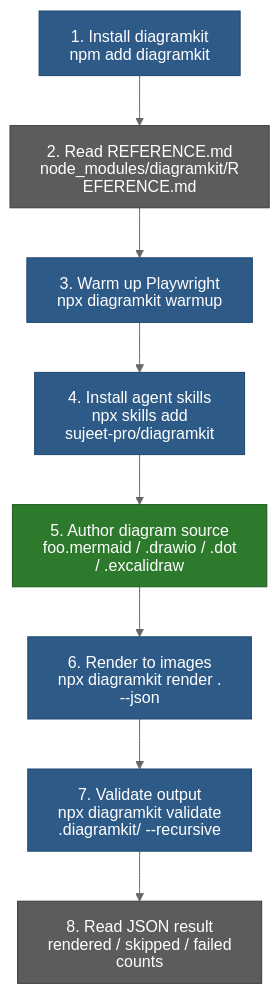
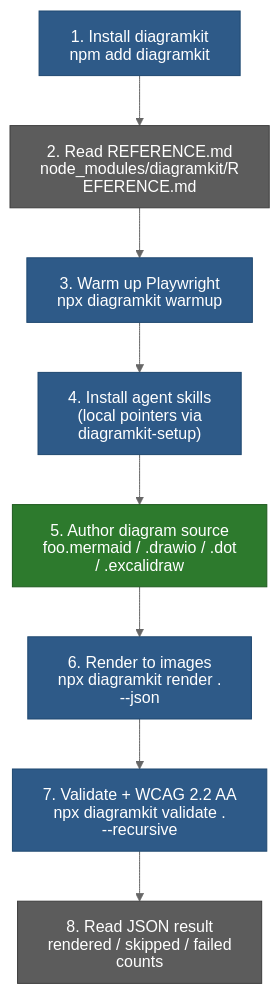
One commit to sujeet-pro/diagramkit changed the diagram in docs/guide/ai-agents/ai-agent-workflow.mermaid. Above: the diagram before and after it, drawn with Mermaid (neutral theme). The commit also changed 27 other files, not shown here.

First line of the commit message:
ci: parallelize cicd with reusable setup actions and artifact graph

```diff
--- a/docs/guide/ai-agents/ai-agent-workflow.mermaid
+++ b/docs/guide/ai-agents/ai-agent-workflow.mermaid
@@ -1,30 +1,30 @@
 %% Diagram: AI Agent Workflow
 %% Type: flowchart
 %% Note: kept as a flowchart (not a sequence diagram) so every step's label
 %% sits inside an opaque, AA-contrast-checked box. Sequence diagrams float
 %% message text on the page background, which gave low perceived contrast on
 %% the docs site even though the SVG itself was technically AA-clean.
 %%{init: {'htmlLabels': false, 'flowchart': {'htmlLabels': false}}}%%
 flowchart TB
     install["1. Install diagramkit\nnpm add diagramkit"]:::action
     reference["2. Read REFERENCE.md\nnode_modules/diagramkit/REFERENCE.md"]:::read
     warmup["3. Warm up Playwright\nnpx diagramkit warmup"]:::action
-    skills["4. Install agent skills\nnpx skills add sujeet-pro/diagramkit"]:::action
+    skills["4. Install agent skills\n(local pointers via diagramkit-setup)"]:::action
     write["5. Author diagram source\nfoo.mermaid / .drawio / .dot / .excalidraw"]:::author
     render["6. Render to images\nnpx diagramkit render . --json"]:::action
-    validate["7. Validate output\nnpx diagramkit validate .diagramkit/ --recursive"]:::action
+    validate["7. Validate + WCAG 2.2 AA\nnpx diagramkit validate . --recursive"]:::action
     inspect["8. Read JSON result\nrendered / skipped / failed counts"]:::read
 
     install --> reference
     reference --> warmup
     warmup --> skills
     skills --> write
     write --> render
     render --> validate
     validate --> inspect
 
     %% AA-compliant darker mid-tone palette: white text on each background
     %% passes WCAG 2.2 AA (>= 4.5:1).
     classDef action fill:#2E5A88,stroke:#1F4870,color:#ffffff
     classDef read fill:#5C5C5C,stroke:#3D3D3D,color:#ffffff
     classDef author fill:#2D7A2D,stroke:#1E5A1E,color:#ffffff
```
